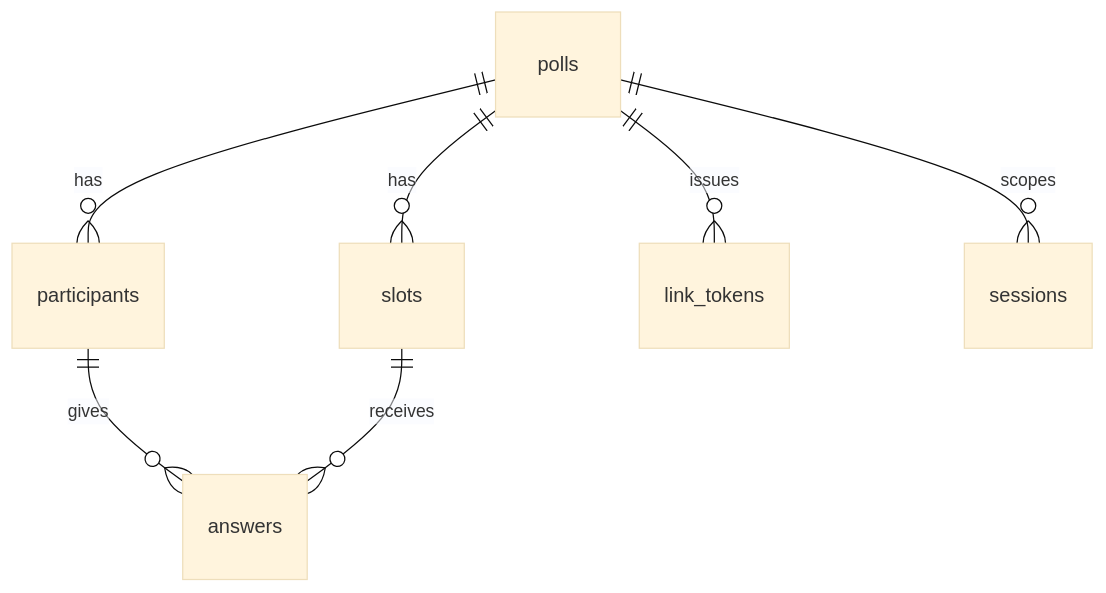
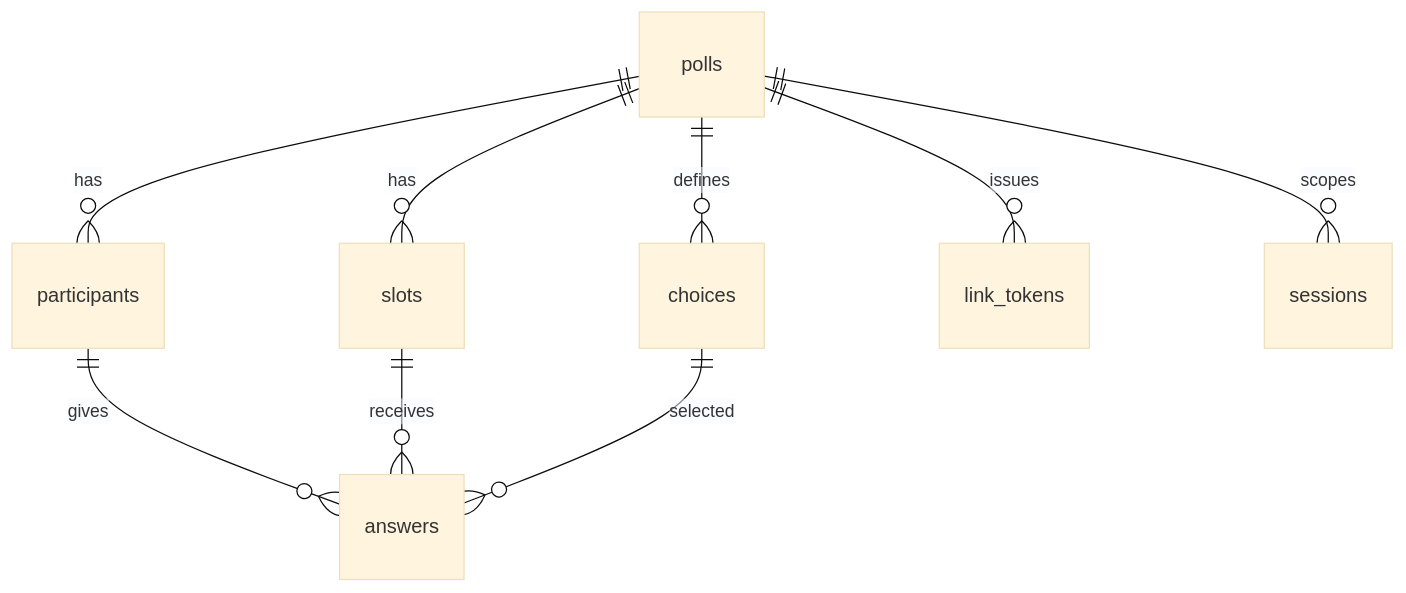
Before and after one commit to etlit-r/DIscheduler: the fourth of 5 diagrams in docs/design.md, drawn with Mermaid (base theme). The commit also changed other lines of this file and 1 other file, not shown here.

````diff
--- a/docs/design.md
+++ b/docs/design.md
@@ -437,9 +513,11 @@
 ```mermaid
 erDiagram
   polls ||--o{ slots : has
   polls ||--o{ participants : has
+  polls ||--o{ choices : defines
   participants ||--o{ answers : gives
   slots ||--o{ answers : receives
+  choices ||--o{ answers : selected
   polls ||--o{ link_tokens : issues
   polls ||--o{ sessions : scopes
 ```
````
